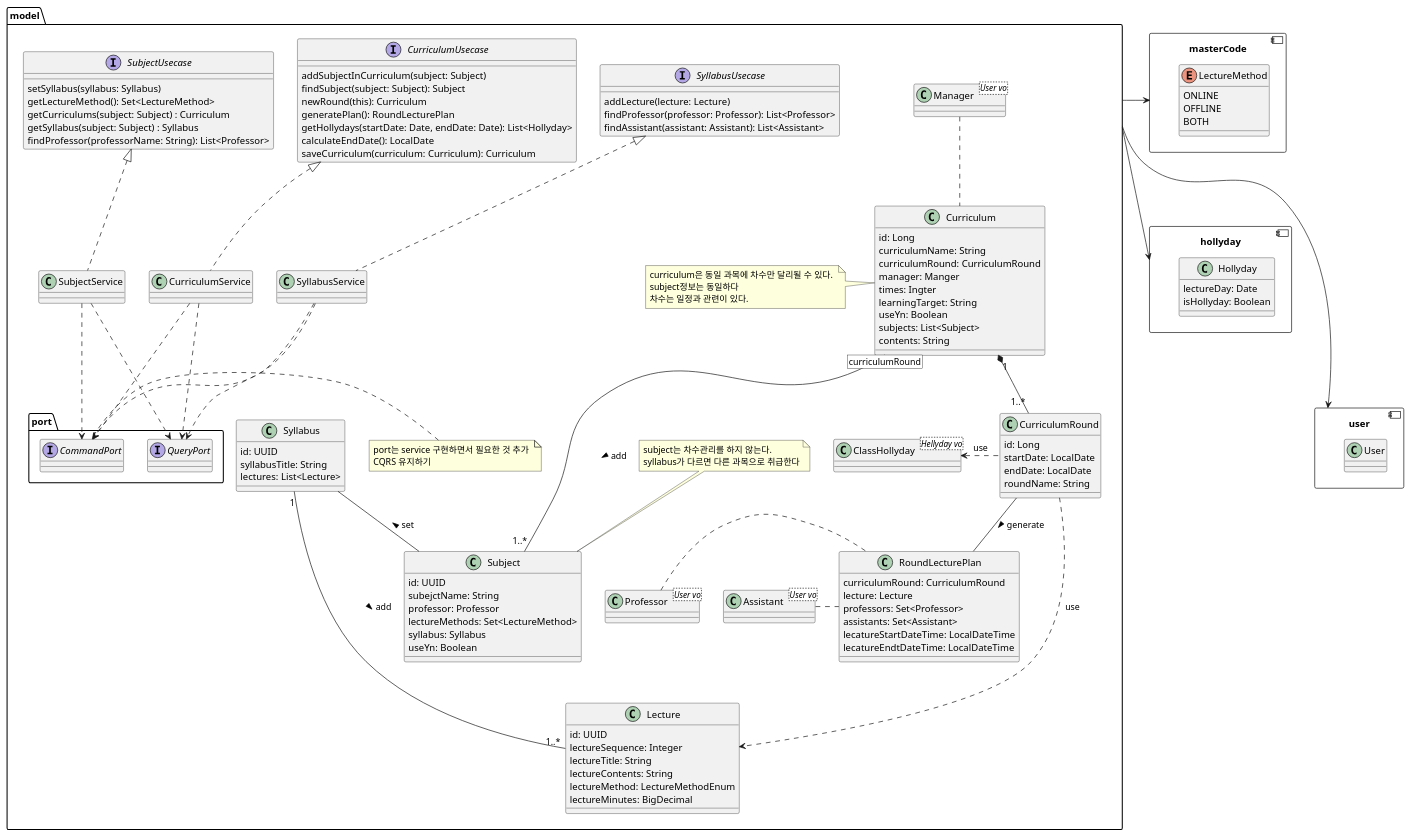
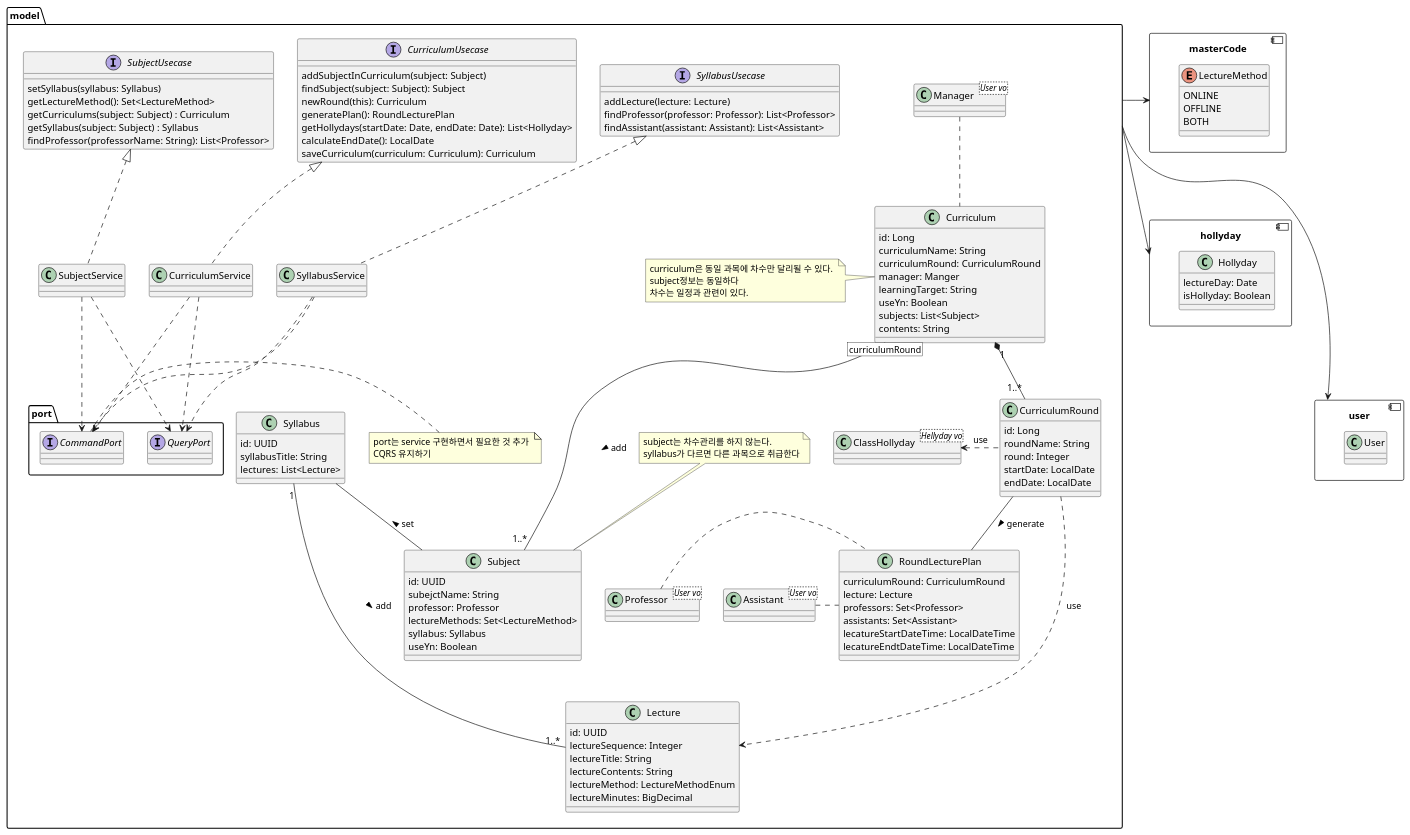
The diagram in src/main/java/dev/ohhoonim/lms/domain/learningCourses/design/model.md (ohhoonim/lms), drawn with PlantUML before and after one commit. The commit also changed 9 other files, not shown here.

```diff
--- a/src/main/java/dev/ohhoonim/lms/domain/learningCourses/design/model.md
+++ b/src/main/java/dev/ohhoonim/lms/domain/learningCourses/design/model.md
@@ -12,7 +12,6 @@
         curriculumName: String
         curriculumRound: CurriculumRound
         manager: Manger
-        times: Ingter
         learningTarget: String
         useYn: Boolean
         subjects: List<Subject>
@@ -28,9 +27,10 @@
     
     class CurriculumRound {
         id: Long
+        roundName: String
+        round: Integer
         startDate: LocalDate
         endDate: LocalDate
-        roundName: String
         
     }
 
```
